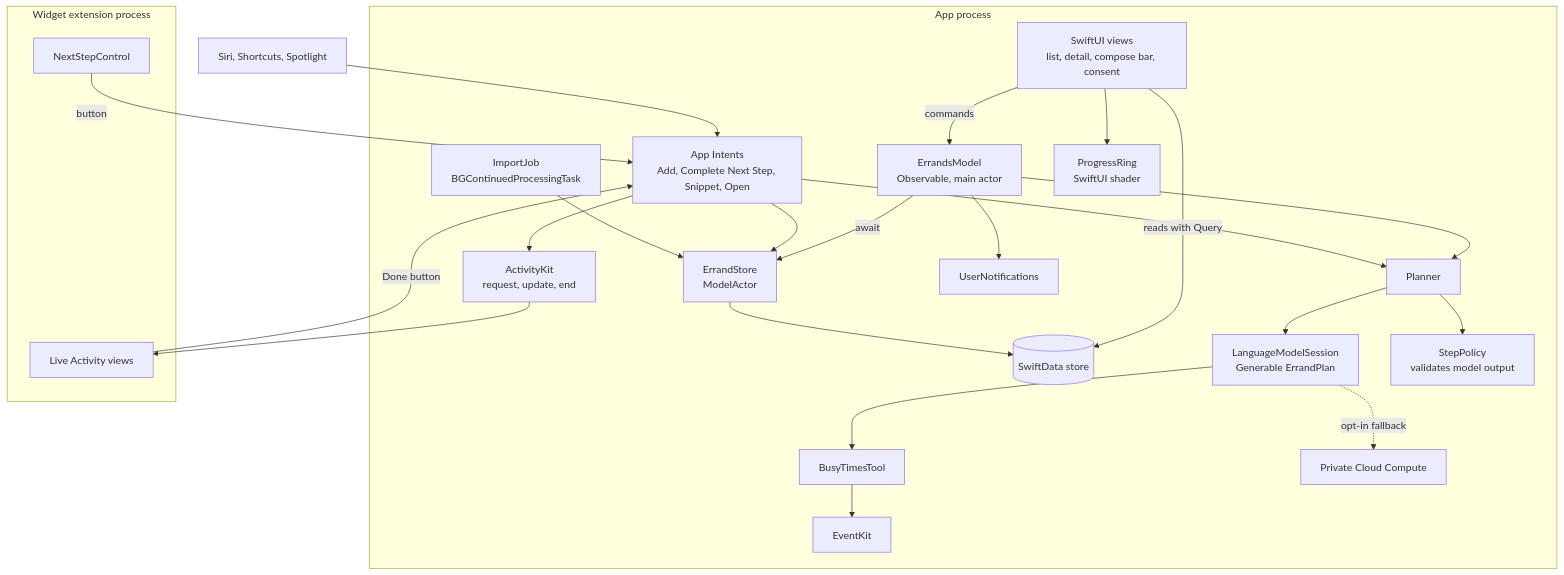
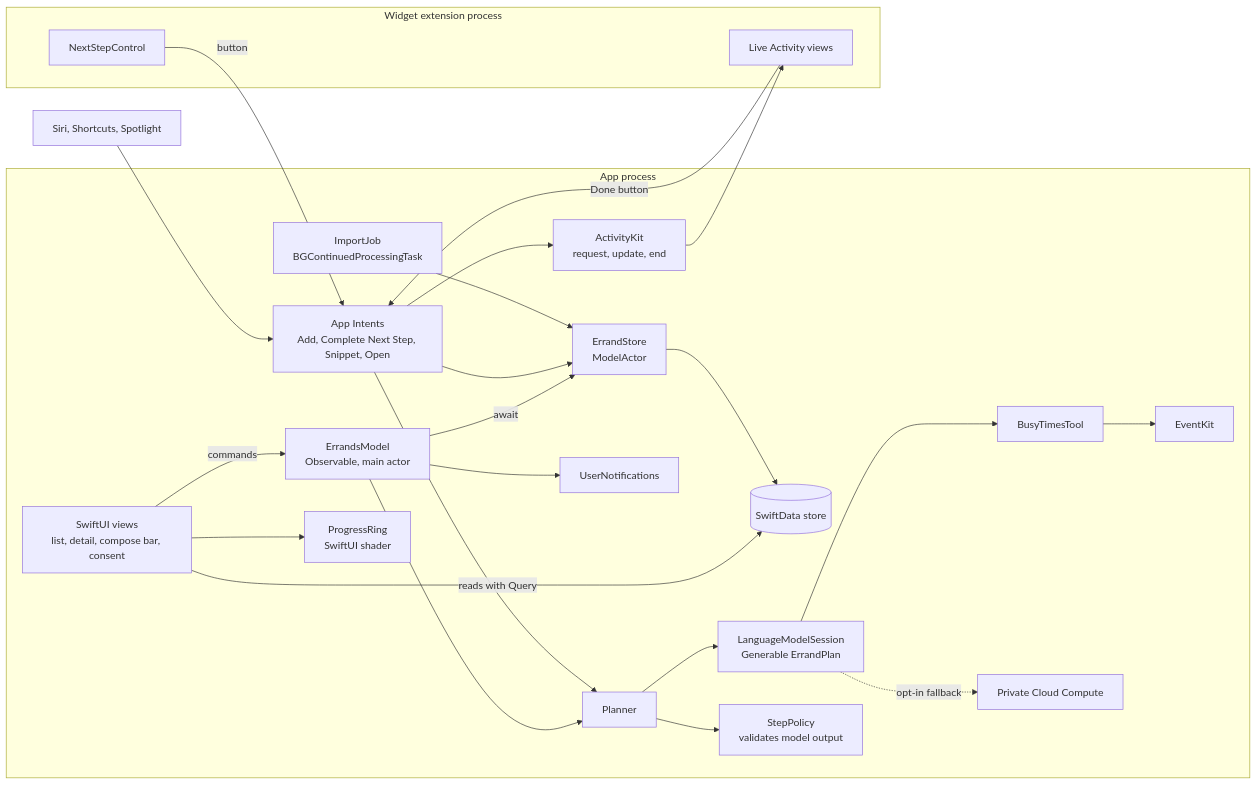
One commit to ehzawad/ideation-of-ios-app changed the first of 2 diagrams in learn/capstone-errand.md. Above: the diagram before and after it, drawn with Mermaid. The commit also changed other lines of this file and 6 other files, not shown here.

````diff
--- a/learn/capstone-errand.md
+++ b/learn/capstone-errand.md
@@ -37,29 +37,29 @@
 ```mermaid
-flowchart TB
+flowchart LR
   subgraph APP["App process"]
     V["SwiftUI views<br/>list, detail, compose bar, consent"] -->|"commands"| OM["ErrandsModel<br/>Observable, main actor"]
     V -->|"reads with Query"| DB[("SwiftData store")]
     OM -->|"await"| ST["ErrandStore<br/>ModelActor"]
     ST --> DB
     OM --> PL["Planner"]
     PL --> FM["LanguageModelSession<br/>Generable ErrandPlan"]
     FM --> TL["BusyTimesTool"]
     TL --> EK["EventKit"]
     FM -.->|"opt-in fallback"| PCC["Private Cloud Compute"]
     PL --> SP["StepPolicy<br/>validates model output"]
     AI["App Intents<br/>Add, Complete Next Step, Snippet, Open"] --> ST
     AI --> PL
     AI --> LA["ActivityKit<br/>request, update, end"]
     BG["ImportJob<br/>BGContinuedProcessingTask"] --> ST
     OM --> UN["UserNotifications"]
     V --> SH["ProgressRing<br/>SwiftUI shader"]
   end
   subgraph EXT["Widget extension process"]
     LAV["Live Activity views"]
     CW["NextStepControl"]
   end
   SYS["Siri, Shortcuts, Spotlight"] --> AI
   LA --> LAV
   LAV -->|"Done button"| AI
   CW -->|"button"| AI
 ```
````
